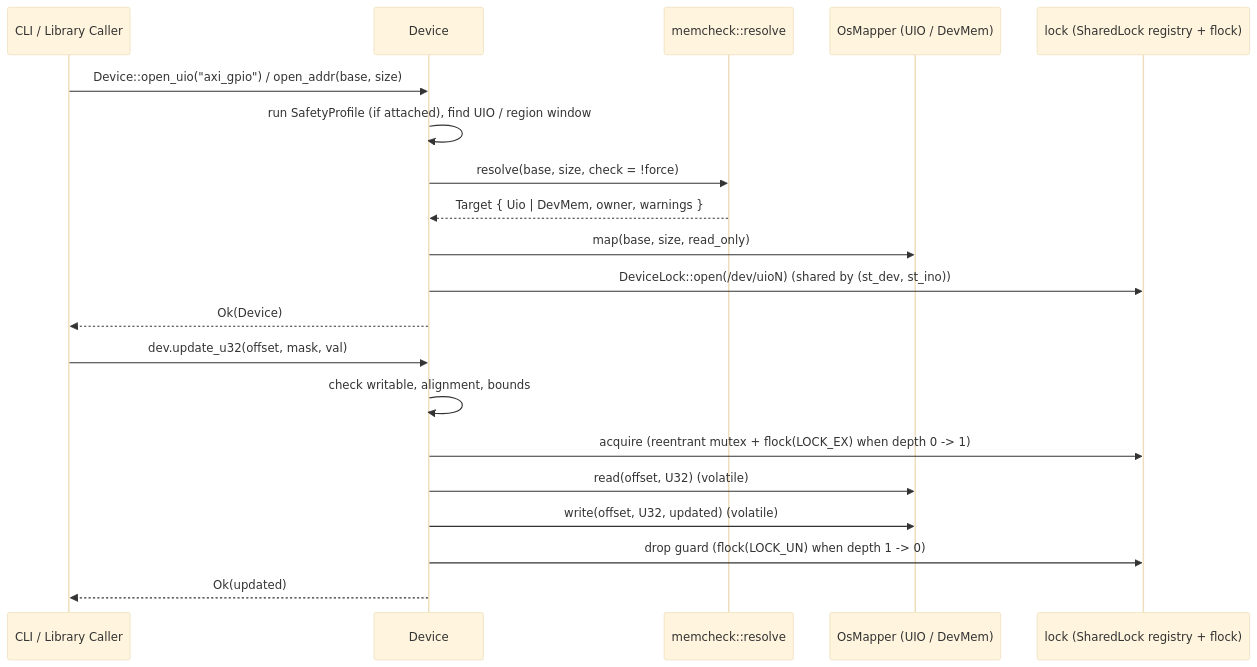
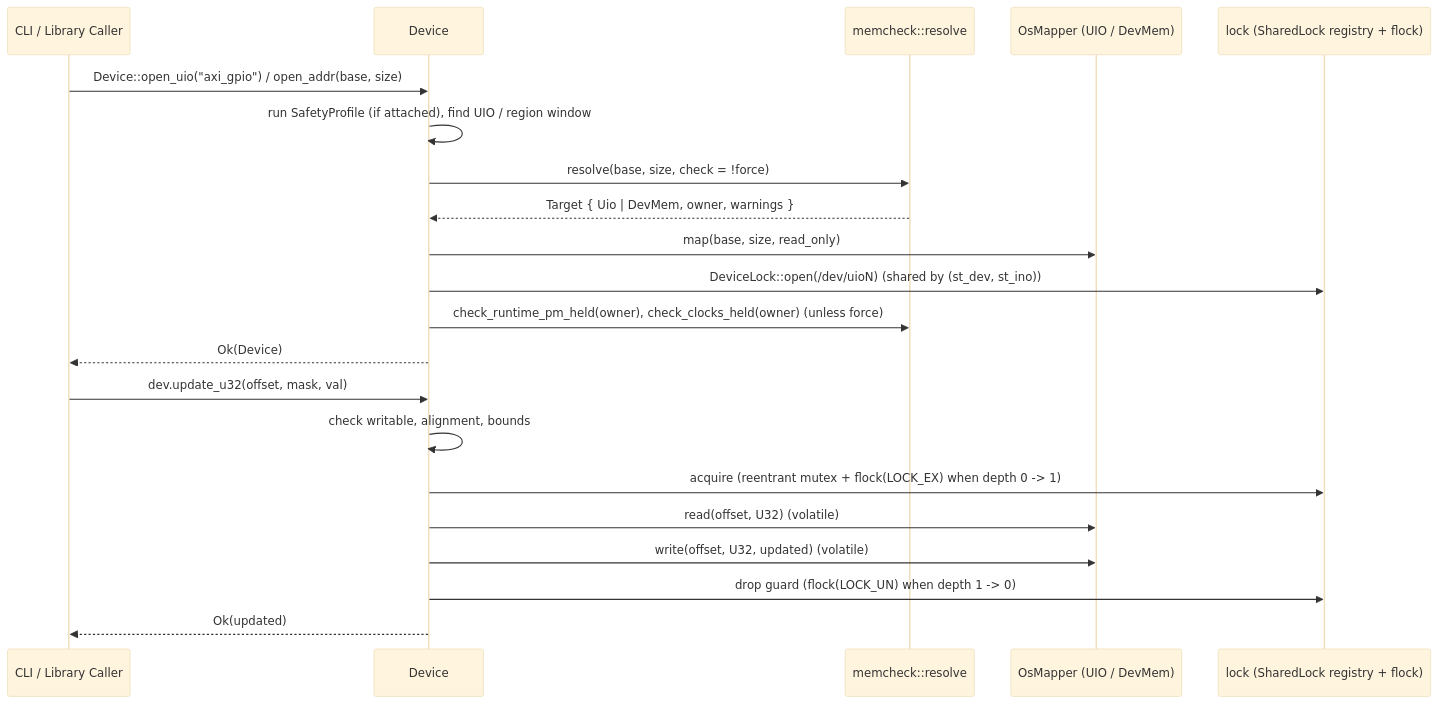
Before and after one commit to PurnenduK90/mmreg: the diagram in docs/developers/01-architecture.md, drawn with Mermaid (base theme). The commit also changed 14 other files, not shown here.

````diff
--- a/docs/developers/01-architecture.md
+++ b/docs/developers/01-architecture.md
@@ -56,24 +56,25 @@
 ```mermaid
 sequenceDiagram
     participant Caller as CLI / Library Caller
     participant Dev as Device
     participant Check as memcheck::resolve
     participant Mapper as OsMapper (UIO / DevMem)
     participant Lock as lock (SharedLock registry + flock)
 
     Caller->>Dev: Device::open_uio("axi_gpio") / open_addr(base, size)
     Dev->>Dev: run SafetyProfile (if attached), find UIO / region window
     Dev->>Check: resolve(base, size, check = !force)
     Check-->>Dev: Target { Uio | DevMem, owner, warnings }
     Dev->>Mapper: map(base, size, read_only)
     Dev->>Lock: DeviceLock::open(/dev/uioN) (shared by (st_dev, st_ino))
+    Dev->>Check: check_runtime_pm_held(owner), check_clocks_held(owner) (unless force)
     Dev-->>Caller: Ok(Device)
 
     Caller->>Dev: dev.update_u32(offset, mask, val)
     Dev->>Dev: check writable, alignment, bounds
     Dev->>Lock: acquire (reentrant mutex + flock(LOCK_EX) when depth 0 -> 1)
     Dev->>Mapper: read(offset, U32) (volatile)
     Dev->>Mapper: write(offset, U32, updated) (volatile)
     Dev->>Lock: drop guard (flock(LOCK_UN) when depth 1 -> 0)
     Dev-->>Caller: Ok(updated)
 ```
````
